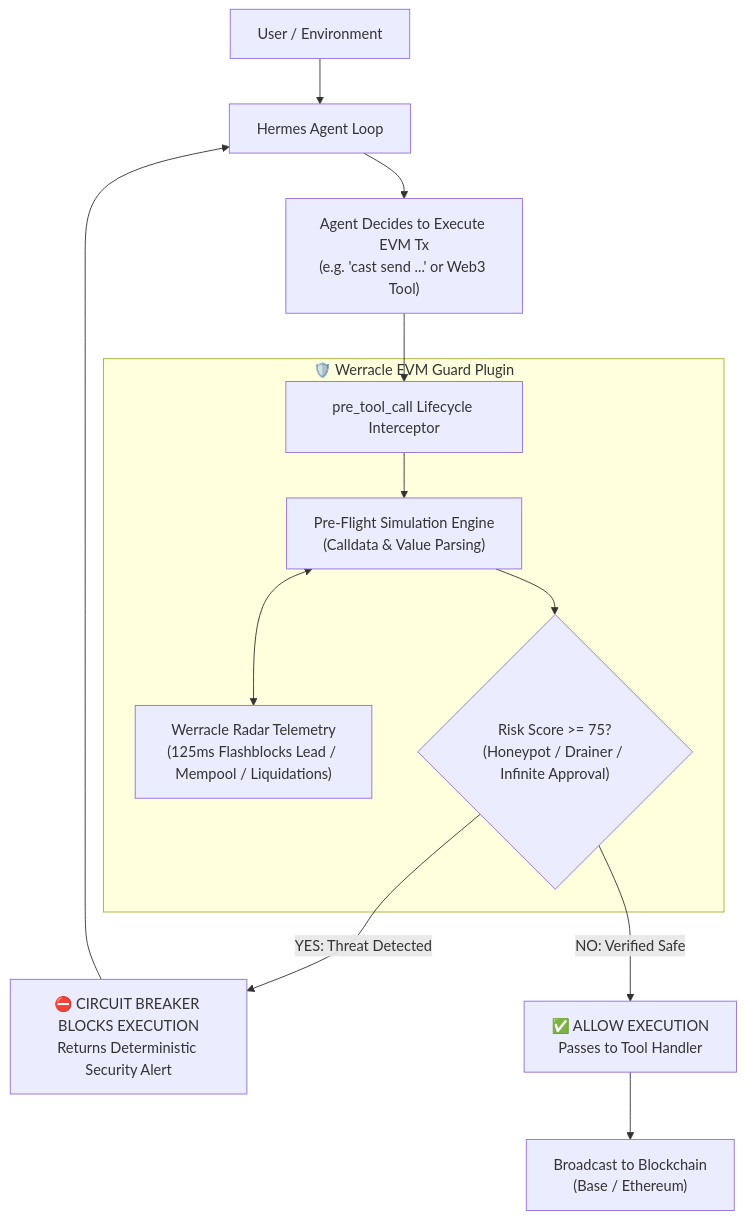
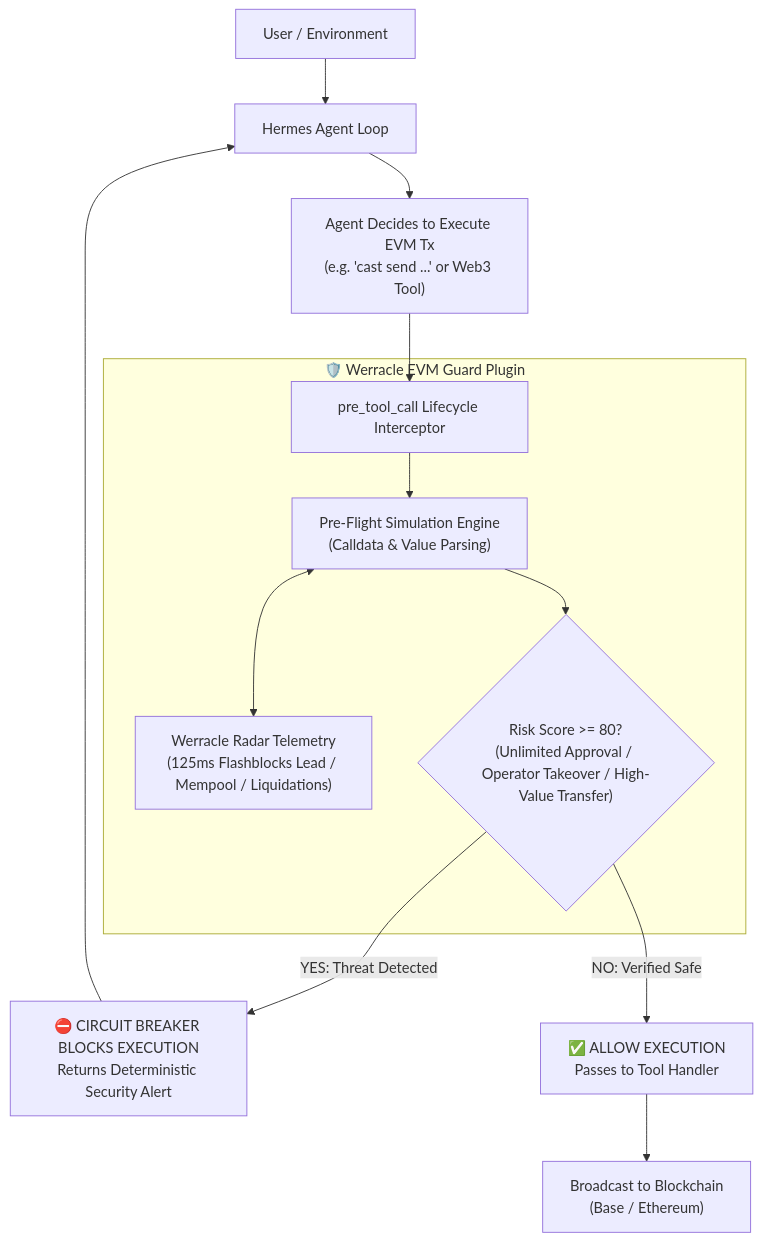
One commit to pCwOrM/hermes-werracle-guard changed the diagram in README.md. Above: the diagram before and after it, drawn with Mermaid. The commit also changed other lines of this file and 5 other files, not shown here.

````diff
--- a/README.md
+++ b/README.md
@@ -30,23 +30,23 @@
 ```mermaid
 flowchart TD
     User["User / Environment"] --> Agent["Hermes Agent Loop"]
     Agent --> Plan["Agent Decides to Execute EVM Tx<br>(e.g. 'cast send ...' or Web3 Tool)"]
     
     subgraph WerracleGuard["🛡️ Werracle EVM Guard Plugin"]
         Hook["pre_tool_call Lifecycle Interceptor"]
         Sim["Pre-Flight Simulation Engine<br>(Calldata & Value Parsing)"]
         Radar["Werracle Radar Telemetry<br>(125ms Flashblocks Lead / Mempool / Liquidations)"]
-        CB{"Risk Score >= 75?<br>(Honeypot / Drainer / Infinite Approval)"}
+        CB{"Risk Score >= 80?<br>(Unlimited Approval / Operator Takeover / High-Value Transfer)"}
     end
     
     Plan --> Hook
     Hook --> Sim
     Sim <--> Radar
     Sim --> CB
     
     CB -- "YES: Threat Detected" --> Block["⛔ CIRCUIT BREAKER BLOCKS EXECUTION<br>Returns Deterministic Security Alert"]
     Block --> Agent
     
     CB -- "NO: Verified Safe" --> Allow["✅ ALLOW EXECUTION<br>Passes to Tool Handler"]
     Allow --> Node["Broadcast to Blockchain<br>(Base / Ethereum)"]
 ```
````
